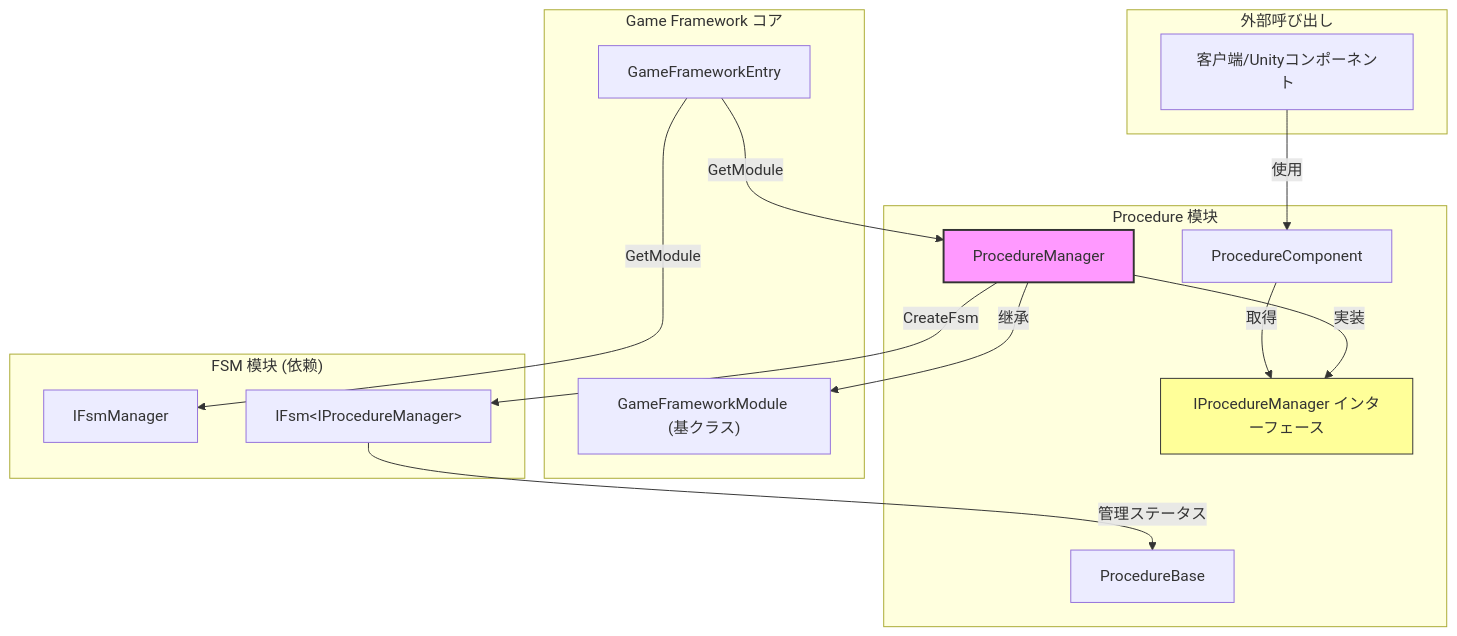
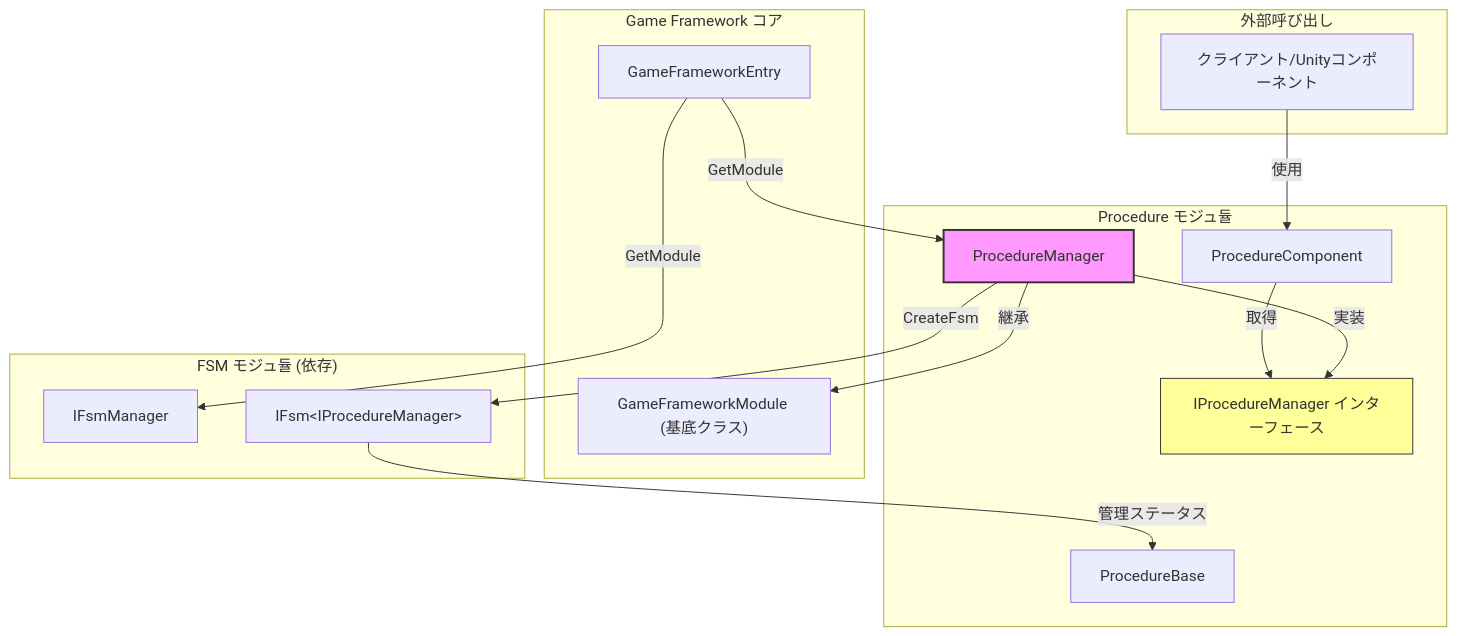
Before and after one commit to AlianBlank/GameFrameX.Docs: the first of 2 diagrams in docs/ja/client/unity/component/procedure/07.procedure-manager.md, drawn with Mermaid. The commit also changed other lines of this file and 320 other files, not shown here.

````diff
--- a/docs/ja/client/unity/component/procedure/07.procedure-manager.md
+++ b/docs/ja/client/unity/component/procedure/07.procedure-manager.md
@@ -16,35 +16,35 @@
 ```mermaid
 graph TD
     subgraph External["外部呼び出し"]
-        Client[客户端/Unityコンポーネント]
+        Client[クライアント/Unityコンポーネント]
     end
-    
+
     subgraph GameFramework["Game Framework コア"]
         GFE["GameFrameworkEntry"]
-        GFM["GameFrameworkModule (基クラス)"]
+        GFM["GameFrameworkModule (基底クラス)"]
     end
-    
-    subgraph ProcedureModule["Procedure 模块"]
+
+    subgraph ProcedureModule["Procedure モジュ듈"]
         PC["ProcedureComponent"]
         PM["ProcedureManager"]
         IPM["IProcedureManager インターフェース"]
         PB["ProcedureBase"]
     end
-    
-    subgraph FsmModule["FSM 模块 (依赖)"]
+
+    subgraph FsmModule["FSM モジュ듈 (依存)"]
         FSM["IFsmManager"]
         FSMInst["IFsm&lt;IProcedureManager&gt;"]
     end
-    
+
     Client -->|使用| PC
     PC -->|取得| IPM
     PM -->|実装| IPM
-    PM -->|继承| GFM
+    PM -->|継承| GFM
     PM -->|CreateFsm| FSMInst
     FSMInst -->|管理ステータス| PB
     GFE -->|GetModule| PM
     GFE -->|GetModule| FSM
-    
+
     style PM fill:#f9f,stroke:#333,stroke-width:2px
     style IPM fill:#ff9,stroke:#333,stroke-width:1px
 ```
````
